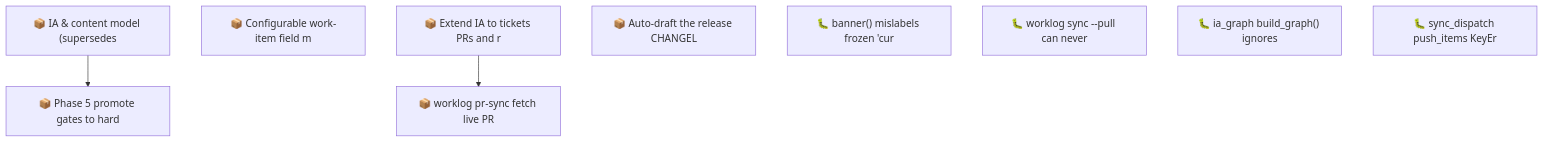
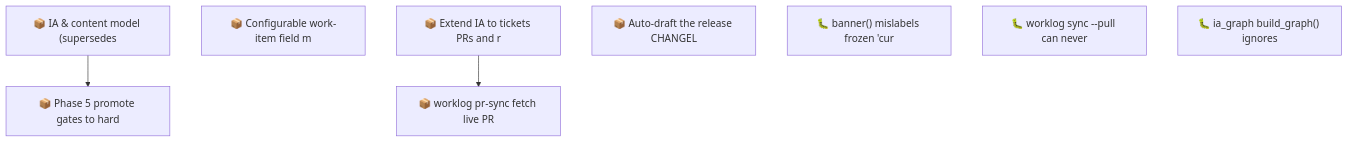
Before and after one commit to SpillwaveSolutions/wiki_ticket_sdd: the second of 2 diagrams in docs/roadmap.md, drawn with Mermaid. The commit also changed other lines of this file and 8 other files, not shown here.

First line of the commit message:
chore: close stale sync_dispatch KeyError item, link to shipping PR #188 (01KYAKH389T1ZKKBP94WH2HK94)

````diff
--- a/docs/roadmap.md
+++ b/docs/roadmap.md
@@ -80,15 +78,14 @@
 ```mermaid
 graph TD
     01KY5G9ZW0H2YMNWDFJYGRPYE5["📦 IA & content model (supersedes"]
     01KY5G9ZW0RABXWHEMEP1FAV2G["📦 Phase 5 promote gates to hard"]
     01KY5NE0ZYGBWG44N0KPEBFCZ8["📦 Configurable work-item field m"]
     01KYABYEQP8ANXGYPBCV2T20D8["📦 Extend IA to tickets PRs and r"]
     01KYAC0AC01R4C6W7YY1X8NVRV["📦 Auto-draft the release CHANGEL"]
     01KYACFJA0SQSF4C83BJZXB5MY["🐛 banner() mislabels frozen 'cur"]
     01KYADGT9Q48EKJZVQQSH4HXWZ["📦 worklog pr-sync fetch live PR"]
     01KYAGZ8KK46SQF1MKHAHVCTJV["🐛 worklog sync --pull can never"]
     01KYAHAB3T2QXGMN4SQT4ZNZGW["🐛 ia_graph build_graph() ignores"]
-    01KYAKH389T1ZKKBP94WH2HK94["🐛 sync_dispatch push_items KeyEr"]
     01KY5G9ZW0H2YMNWDFJYGRPYE5 --> 01KY5G9ZW0RABXWHEMEP1FAV2G
     01KYABYEQP8ANXGYPBCV2T20D8 --> 01KYADGT9Q48EKJZVQQSH4HXWZ
 ```
````
